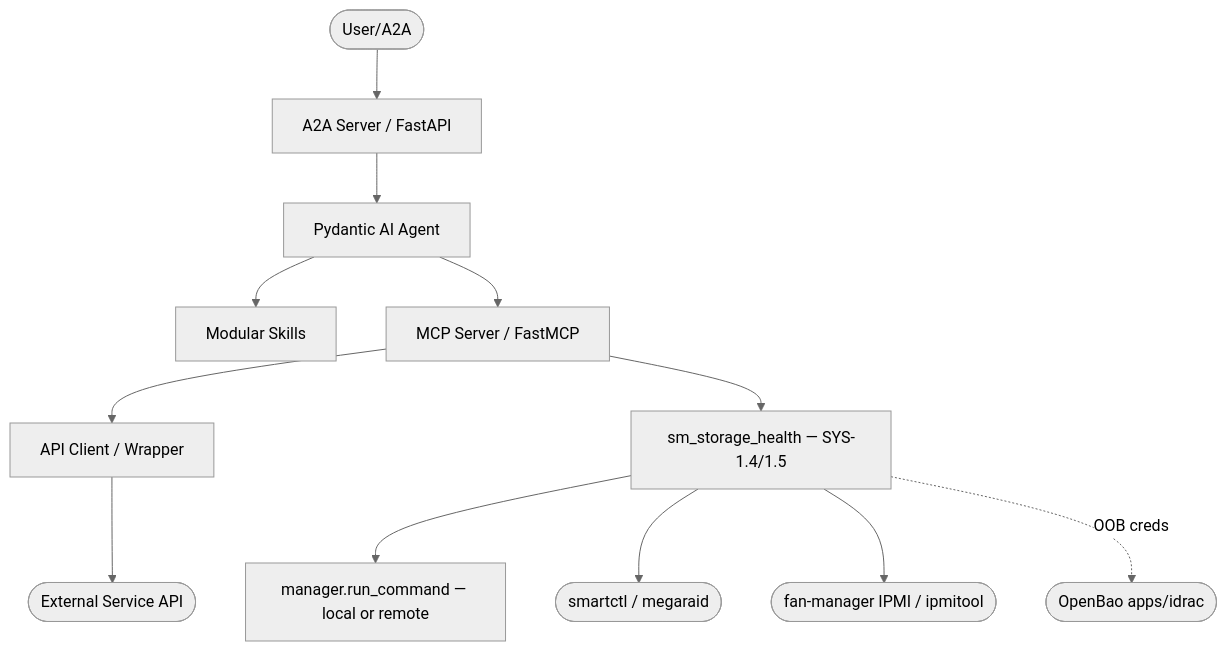
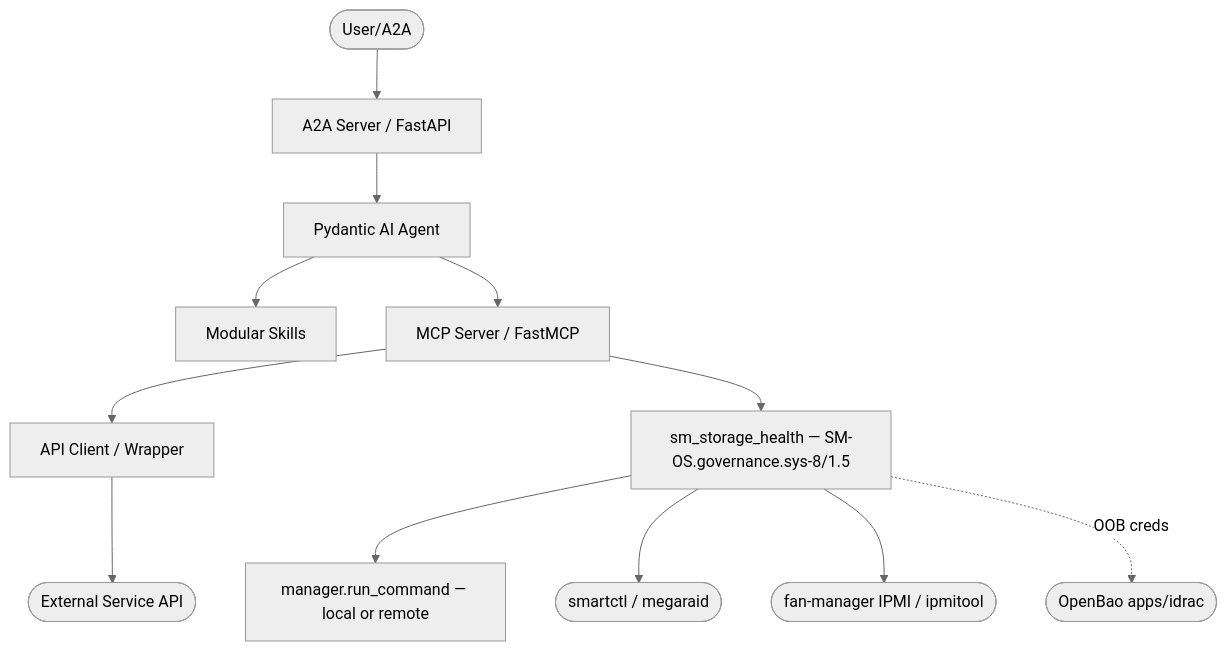
One commit to Knuckles-Team/systems-manager changed the first of 3 diagrams in AGENTS.md. Above: the diagram before and after it, drawn with Mermaid (neutral theme). The commit also changed other lines of this file and 11 other files, not shown here.

````diff
--- a/AGENTS.md
+++ b/AGENTS.md
@@ -21,14 +21,14 @@
 ```mermaid
 graph TD
     User([User/A2A]) --> Server[A2A Server / FastAPI]
     Server --> Agent[Pydantic AI Agent]
     Agent --> Skills[Modular Skills]
     Agent --> MCP[MCP Server / FastMCP]
     MCP --> Client[API Client / Wrapper]
-    MCP --> Storage[sm_storage_health — SYS-1.4/1.5]
+    MCP --> Storage[sm_storage_health — SM-OS.governance.sys-8/1.5]
     Storage --> Mgr[manager.run_command — local or remote]
     Storage --> SMART([smartctl / megaraid])
     Storage --> BMC([fan-manager IPMI / ipmitool])
     Storage -.OOB creds.-> Bao([OpenBao apps/idrac])
     Client --> ExternalAPI([External Service API])
 ```
````
